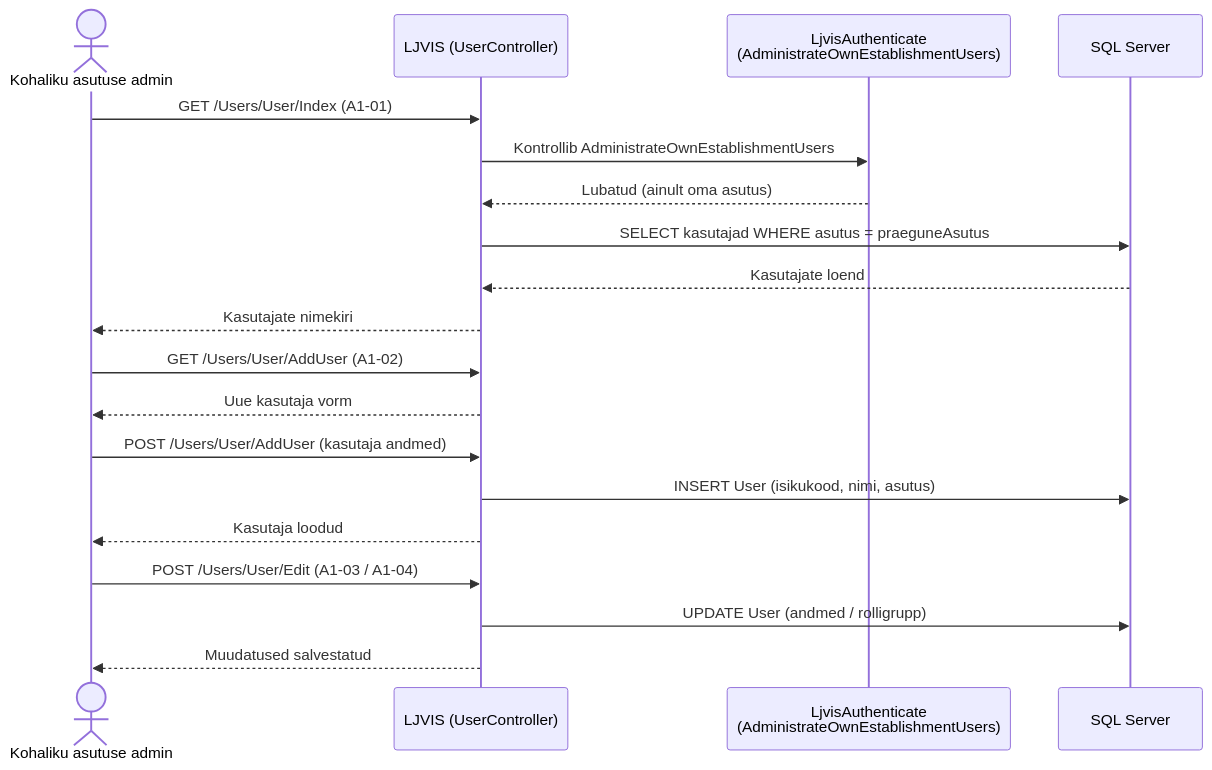
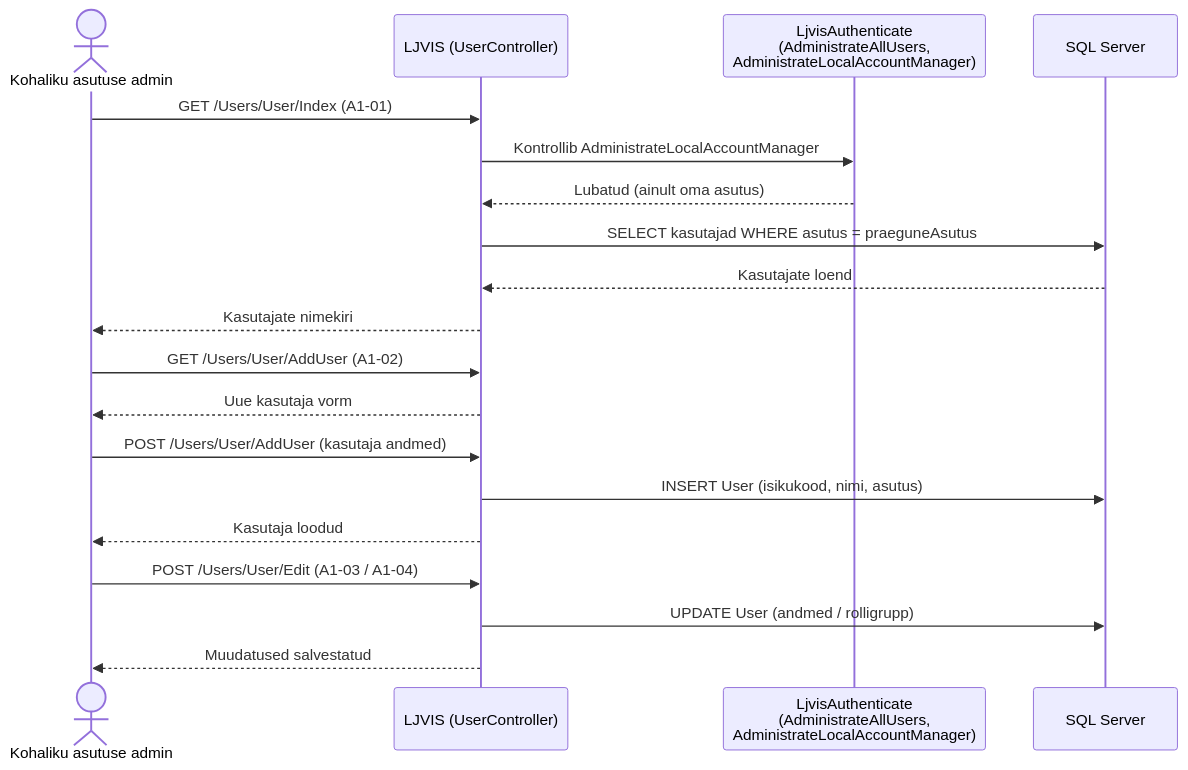
Before and after one commit to kemit-ee/ljvis-2: diagram 14 of 19 in architecture/use-cases.md, drawn with Mermaid. The commit also changed other lines of this file, not shown here.

````diff
--- a/architecture/use-cases.md
+++ b/architecture/use-cases.md
@@ -714,25 +751,25 @@
 ```mermaid
 sequenceDiagram
     actor Admin as Kohaliku asutuse admin
     participant UI as LJVIS (UserController)
-    participant Auth as LjvisAuthenticate<br/>(AdministrateOwnEstablishmentUsers)
+    participant Auth as LjvisAuthenticate<br/>(AdministrateAllUsers,<br/>AdministrateLocalAccountManager)
     participant DB as SQL Server
 
     Admin->>UI: GET /Users/User/Index (A1-01)
-    UI->>Auth: Kontrollib AdministrateOwnEstablishmentUsers
+    UI->>Auth: Kontrollib AdministrateLocalAccountManager
     Auth-->>UI: Lubatud (ainult oma asutus)
     UI->>DB: SELECT kasutajad WHERE asutus = praeguneAsutus
     DB-->>UI: Kasutajate loend
     UI-->>Admin: Kasutajate nimekiri
 
     Admin->>UI: GET /Users/User/AddUser (A1-02)
     UI-->>Admin: Uue kasutaja vorm
 
     Admin->>UI: POST /Users/User/AddUser (kasutaja andmed)
     UI->>DB: INSERT User (isikukood, nimi, asutus)
     UI-->>Admin: Kasutaja loodud
 
     Admin->>UI: POST /Users/User/Edit (A1-03 / A1-04)
     UI->>DB: UPDATE User (andmed / rolligrupp)
     UI-->>Admin: Muudatused salvestatud
 ```
````
